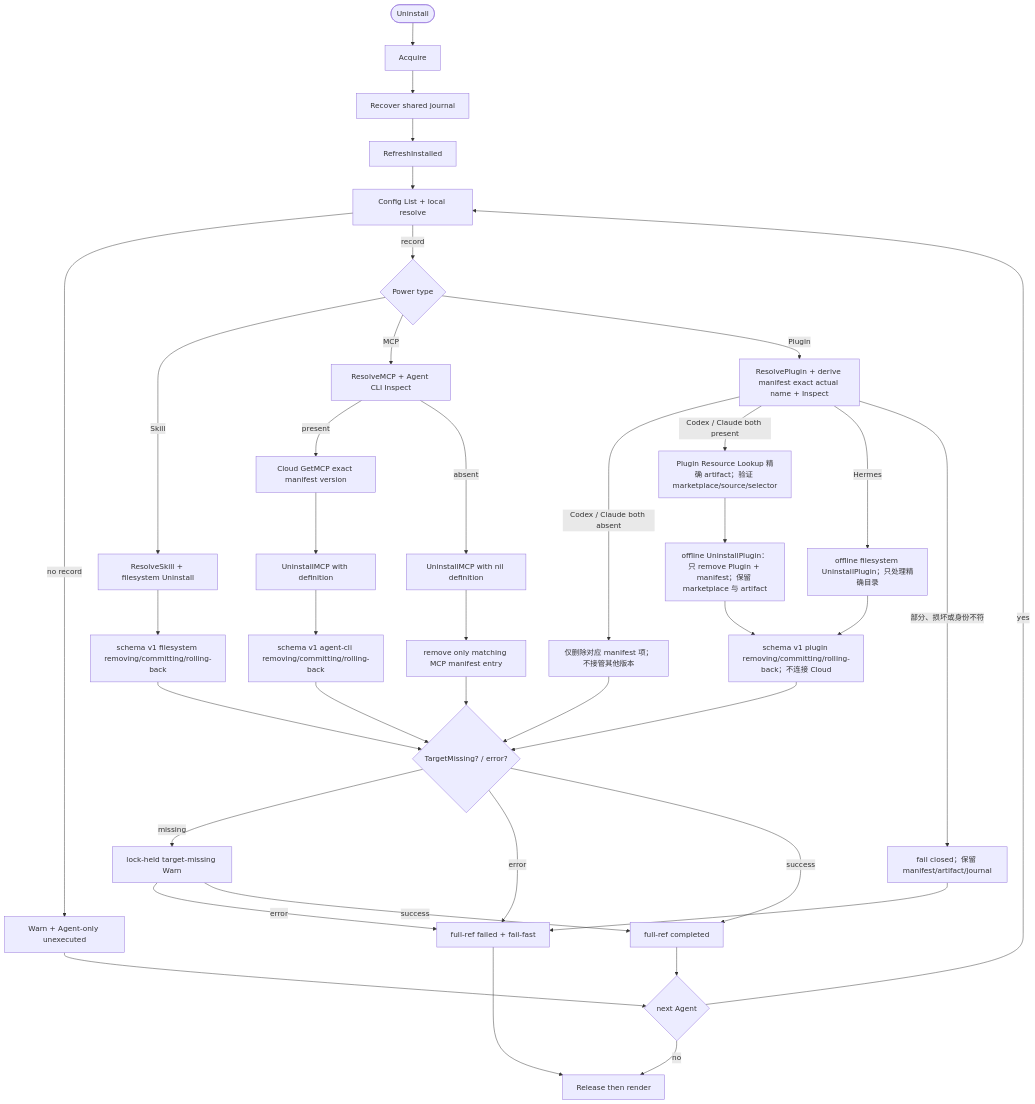
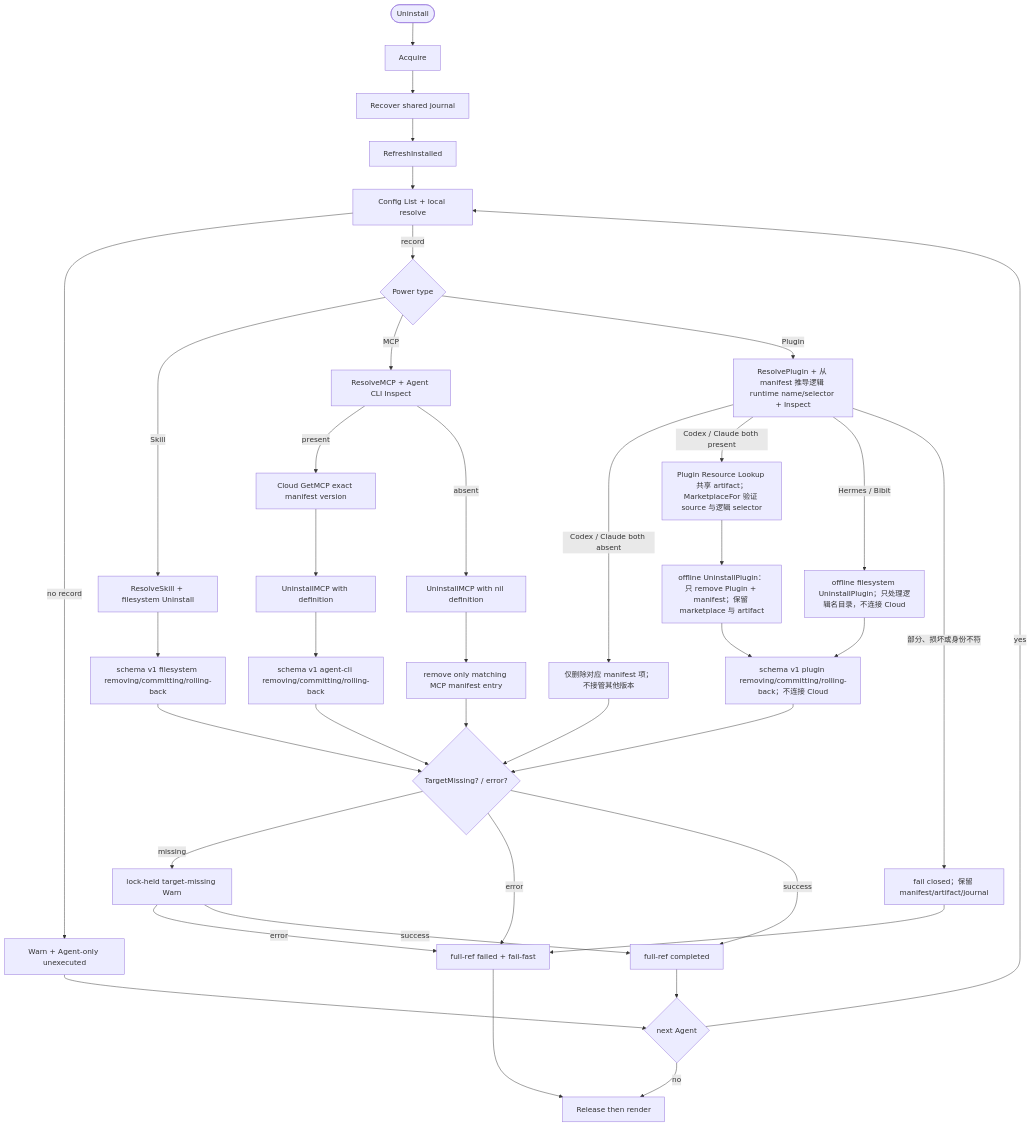
The diagram in ivory-tower/c4/components/apm-cli-lifecycle-diagrams/uninstall.mmd (spacemit-com/agent-power-manager), drawn with Mermaid before and after one commit. The commit also changed 10 other files, not shown here.

Commit message:
docs(bibit): align shared plugin architecture

```diff
--- a/ivory-tower/c4/components/apm-cli-lifecycle-diagrams/uninstall.mmd
+++ b/ivory-tower/c4/components/apm-cli-lifecycle-diagrams/uninstall.mmd
@@ -1,39 +1,39 @@
 flowchart TD
     Start([Uninstall]) --> Lock[Acquire]
     Lock --> Recover[Recover shared journal]
     Recover --> Refresh[RefreshInstalled]
     Refresh --> Manifest[Config List + local resolve]
     Manifest -->|no record| WarnNone[Warn + Agent-only unexecuted]
     Manifest -->|record| Type{Power type}
     Type -->|Skill| Skill[ResolveSkill + filesystem Uninstall]
     Skill --> FSJournal[schema v1 filesystem removing/committing/rolling-back]
     Type -->|MCP| MCP[ResolveMCP + Agent CLI Inspect]
     MCP -->|present| Def[Cloud GetMCP exact manifest version]
     Def --> MCPTx[UninstallMCP with definition]
     MCP -->|absent| MCPStale[UninstallMCP with nil definition]
     MCPTx --> CLIJournal[schema v1 agent-cli removing/committing/rolling-back]
     MCPStale --> Missing[remove only matching MCP manifest entry]
-    Type -->|Plugin| Plugin[ResolvePlugin + derive manifest exact actual name + Inspect]
+    Type -->|Plugin| Plugin[ResolvePlugin + 从 manifest 推导逻辑 runtime name/selector + Inspect]
     Plugin -->|Codex / Claude both absent| PluginStale[仅删除对应 manifest 项；不接管其他版本]
-    Plugin -->|Codex / Claude both present| PluginLookup[Plugin Resource Lookup 精确 artifact；验证 marketplace/source/selector]
+    Plugin -->|Codex / Claude both present| PluginLookup[Plugin Resource Lookup 共享 artifact；MarketplaceFor 验证 source 与逻辑 selector]
     PluginLookup --> PluginTx[offline UninstallPlugin：只 remove Plugin + manifest；保留 marketplace 与 artifact]
-    Plugin -->|Hermes| HermesPluginTx[offline filesystem UninstallPlugin；只处理精确目录]
+    Plugin -->|Hermes / Bibit| FilesystemPluginTx[offline filesystem UninstallPlugin；只处理逻辑名目录，不连接 Cloud]
     Plugin -->|部分、损坏或身份不符| PluginFail[fail closed；保留 manifest/artifact/journal]
     PluginTx --> PluginJournal[schema v1 plugin removing/committing/rolling-back；不连接 Cloud]
-    HermesPluginTx --> PluginJournal
+    FilesystemPluginTx --> PluginJournal
     FSJournal --> Result{TargetMissing? / error?}
     CLIJournal --> Result
     PluginJournal --> Result
     Missing --> Result
     PluginStale --> Result
     PluginFail --> Fail
     Result -->|missing| WarnMissing[lock-held target-missing Warn]
     Result -->|error| Fail[full-ref failed + fail-fast]
     Result -->|success| Done[full-ref completed]
     WarnMissing -->|error| Fail
     WarnMissing -->|success| Done
     WarnNone --> Next{next Agent}
     Done --> Next
     Next -->|yes| Manifest
     Next -->|no| Release[Release then render]
     Fail --> Release
```
